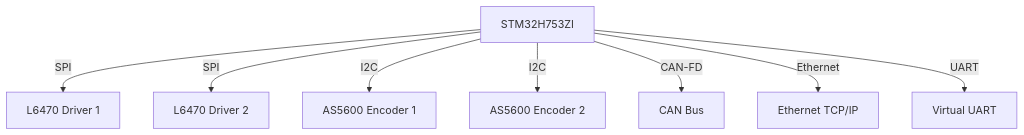
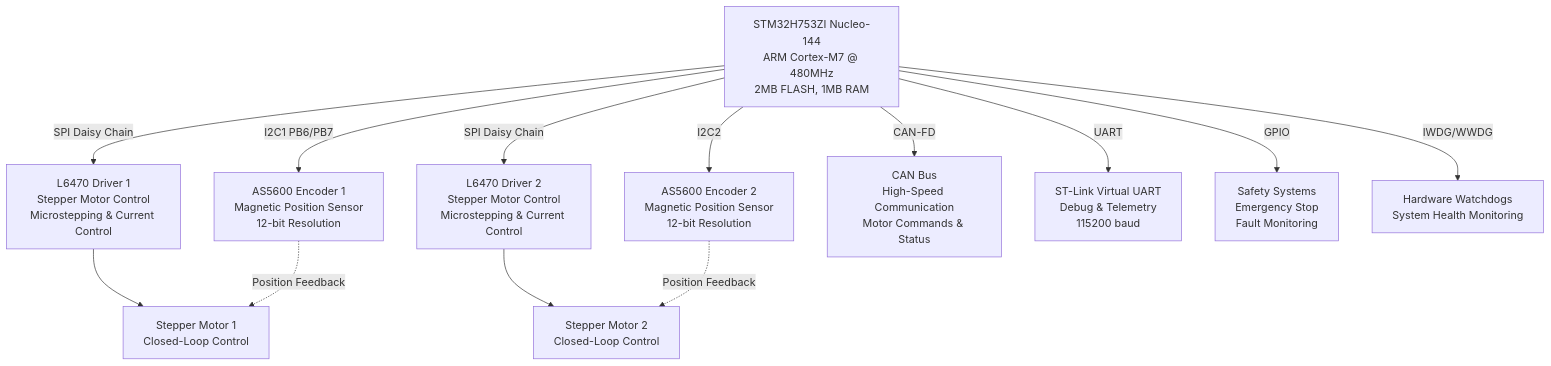
Before and after one commit to ch0t4nk/stm32h753zi: the first of 7 diagrams in docs/design/architecture.md, drawn with Mermaid. The commit also changed other lines of this file and 62 other files, not shown here.

````diff
--- a/docs/design/architecture.md
+++ b/docs/design/architecture.md
@@ -3,10 +13,29 @@
 ```mermaid
-graph TD;
-    MCU[STM32H753ZI] -->|SPI| L6470_1[L6470 Driver 1]
-    MCU -->|SPI| L6470_2[L6470 Driver 2]
-    MCU -->|I2C| AS5600_1[AS5600 Encoder 1]
-    MCU -->|I2C| AS5600_2[AS5600 Encoder 2]
-    MCU -->|CAN-FD| CAN[CAN Bus]
-    MCU -->|Ethernet| ETH[Ethernet TCP/IP]
-    MCU -->|UART| STLink[Virtual UART]
+graph TD
+    MCU["STM32H753ZI Nucleo-144<br/>ARM Cortex-M7 @ 480MHz<br/>2MB FLASH, 1MB RAM"]
+    L6470_1["L6470 Driver 1<br/>Stepper Motor Control<br/>Microstepping & Current Control"]
+    L6470_2["L6470 Driver 2<br/>Stepper Motor Control<br/>Microstepping & Current Control"]
+    AS5600_1["AS5600 Encoder 1<br/>Magnetic Position Sensor<br/>12-bit Resolution"]
+    AS5600_2["AS5600 Encoder 2<br/>Magnetic Position Sensor<br/>12-bit Resolution"]
+    CAN["CAN Bus<br/>High-Speed Communication<br/>Motor Commands & Status"]
+    STLink["ST-Link Virtual UART<br/>Debug & Telemetry<br/>115200 baud"]
+    MOTOR1["Stepper Motor 1<br/>Closed-Loop Control"]
+    MOTOR2["Stepper Motor 2<br/>Closed-Loop Control"]
+    SAFETY["Safety Systems<br/>Emergency Stop<br/>Fault Monitoring"]
+    WATCHDOG["Hardware Watchdogs<br/>System Health Monitoring"]
+    
+    MCU -->|SPI Daisy Chain| L6470_1
+    MCU -->|SPI Daisy Chain| L6470_2
+    MCU -->|I2C1 PB6/PB7| AS5600_1
+    MCU -->|I2C2| AS5600_2
+    MCU -->|CAN-FD| CAN
+    MCU -->|UART| STLink
+    MCU -->|GPIO| SAFETY
+    MCU -->|IWDG/WWDG| WATCHDOG
+    
+    L6470_1 --> MOTOR1
+    L6470_2 --> MOTOR2
+    
+    AS5600_1 -.->|Position Feedback| MOTOR1
+    AS5600_2 -.->|Position Feedback| MOTOR2
 ```
````
